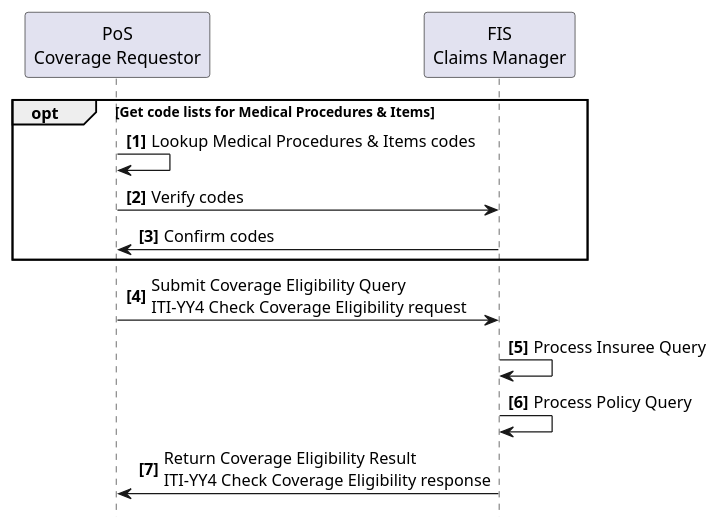
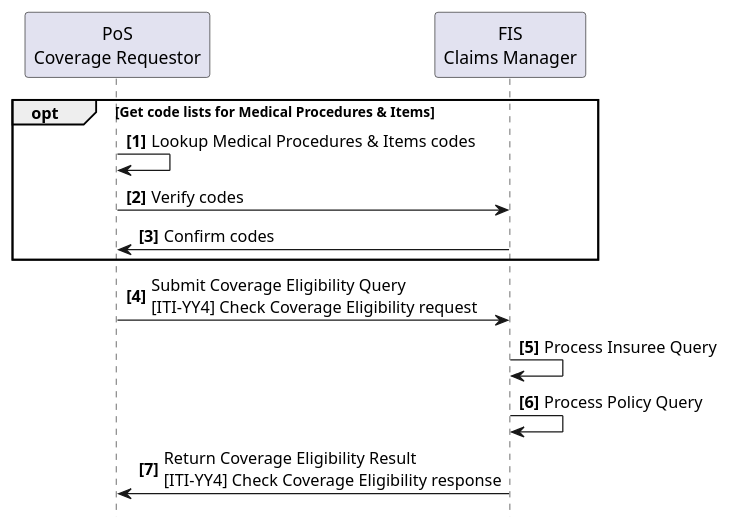
One commit to IHE/ITI.Finance changed the diagram in input/images-source/usecase2-processflow.plantuml. Above: the diagram before and after it, drawn with PlantUML. The commit also changed 7 other files, not shown here.

Commit message:
Fixed typo in transaction numbers in tables and diagrams.  Fixes #10.

```diff
--- a/input/images-source/usecase2-processflow.plantuml
+++ b/input/images-source/usecase2-processflow.plantuml
@@ -1,21 +1,21 @@
 @startuml
 skinparam svgDimensionStyle false
 hide footbox
 autonumber "<b>[0]"
 
 participant "PoS\nCoverage Requestor" as App
 participant "FIS\nClaims Manager" as FIS
 
 
 opt Get code lists for Medical Procedures & Items
 	App -> App: Lookup Medical Procedures & Items codes
 	App -> FIS: Verify codes
 	FIS -> App: Confirm codes
 end opt
 
-App -> FIS: Submit Coverage Eligibility Query\nITI-YY4 Check Coverage Eligibility request
+App -> FIS: Submit Coverage Eligibility Query\n&#91;ITI-YY4&#93; Check Coverage Eligibility request
 FIS -> FIS: Process Insuree Query
 FIS -> FIS: Process Policy Query
-FIS -> App: Return Coverage Eligibility Result\nITI-YY4 Check Coverage Eligibility response
+FIS -> App: Return Coverage Eligibility Result\n&#91;ITI-YY4&#93; Check Coverage Eligibility response
 
 @enduml
```
